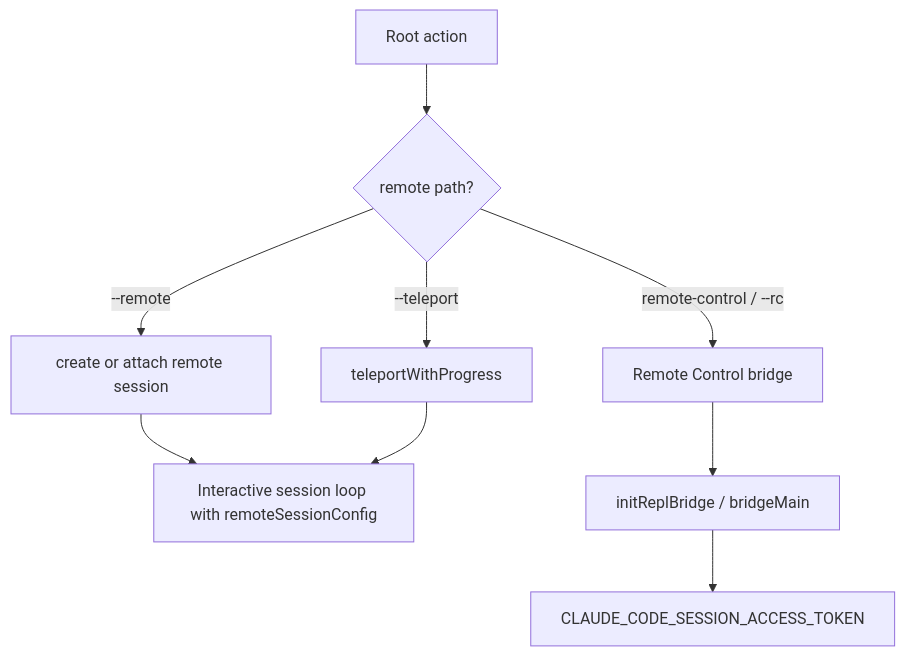
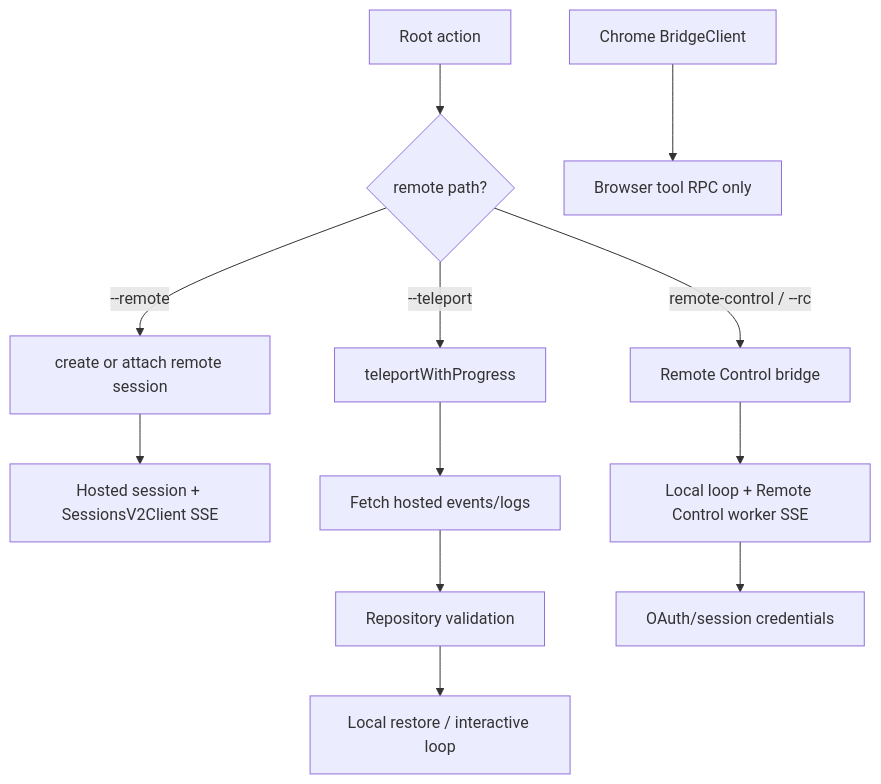
One commit to vibewatch/claude-code-internals changed the diagram in docs/04-sessions-persistence-remote/remote-control-and-teleport.md. Above: the diagram before and after it, drawn with Mermaid. The commit also changed other lines of this file and 46 other files, not shown here.

First line of the commit message:
Add mechanism-question audit documentation for sessions, persistence, remote, tools, integrations, and security

````diff
--- a/docs/04-sessions-persistence-remote/remote-control-and-teleport.md
+++ b/docs/04-sessions-persistence-remote/remote-control-and-teleport.md
@@ -36,11 +40,14 @@
 ```mermaid
 flowchart TD
     Root[Root action] --> RemoteFlag{remote path?}
     RemoteFlag -->|--remote| RemoteSession[create or attach remote session]
     RemoteFlag -->|--teleport| Teleport[teleportWithProgress]
     RemoteFlag -->|remote-control / --rc| Control[Remote Control bridge]
-    RemoteSession --> App[Interactive session loop with remoteSessionConfig]
-    Teleport --> App
-    Control --> Bridge[initReplBridge / bridgeMain]
-    Bridge --> Tokens[CLAUDE_CODE_SESSION_ACCESS_TOKEN]
+    RemoteSession --> HostedLoop[Hosted session + SessionsV2Client SSE]
+    Teleport --> Fetch[Fetch hosted events/logs]
+    Fetch --> Validate[Repository validation]
+    Validate --> App[Local restore / interactive loop]
+    Control --> Bridge[Local loop + Remote Control worker SSE]
+    Bridge --> Tokens[OAuth/session credentials]
+    Chrome[Chrome BridgeClient] --> BrowserTools[Browser tool RPC only]
 ```
````
